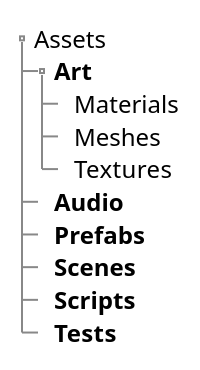
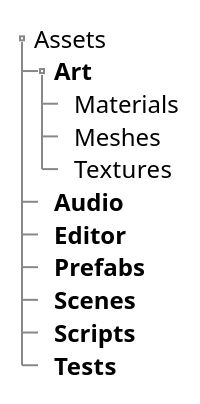
The first of 6 diagrams in articles/estructura_del_proyecto.adoc (jesustorresdev/quarto-lecture-notes-format), drawn with PlantUML before and after one commit. The commit also changed other lines of this file and 7 other files, not shown here.

```diff
--- a/articles/estructura_del_proyecto.adoc
+++ b/articles/estructura_del_proyecto.adoc
@@ -29,18 +29,19 @@
 [plantuml, format="svg"]
 ....
 salt
 {
 {T
  + Assets
  ++ <b>Art
  +++ Materials
  +++ Meshes
  +++ Textures
  ++ <b>Audio
+ ++ <b>Editor
  ++ <b>Prefabs
  ++ <b>Scenes
  ++ <b>Scripts
  ++ <b>Tests
 }
 }
 ....
```
